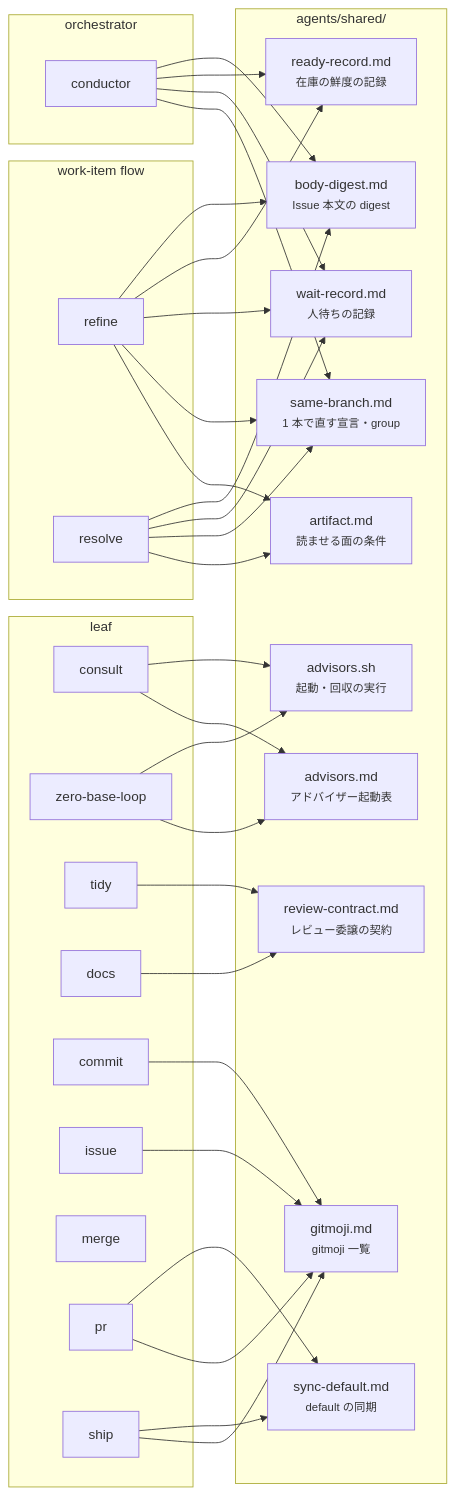
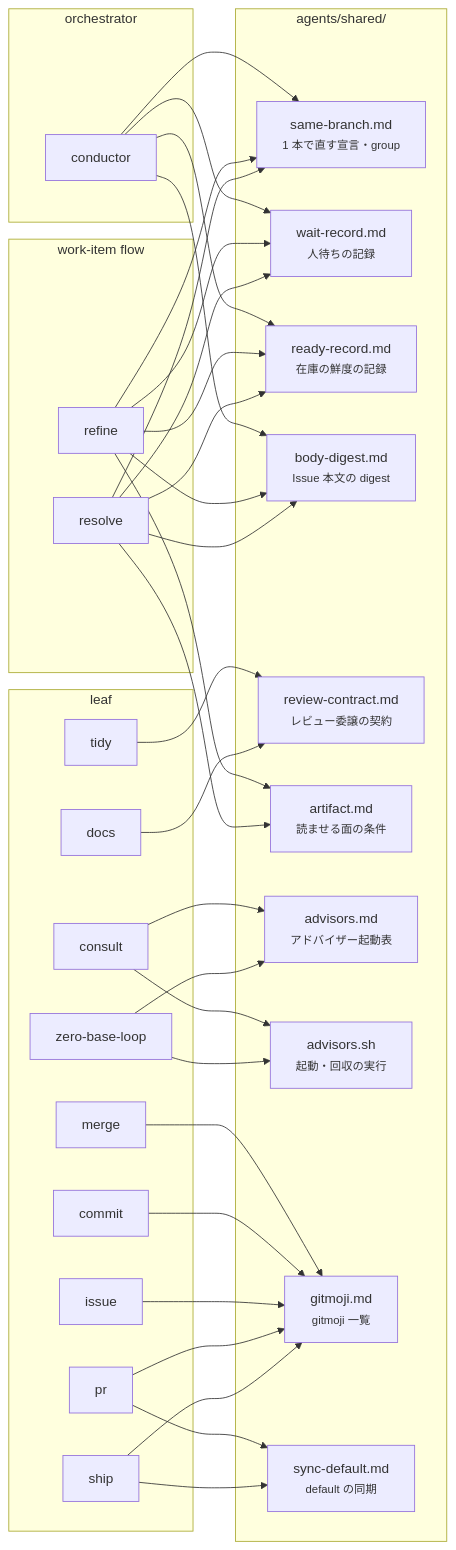
The third of 3 diagrams in agents/docs/structure.md (usagizmo/agentfiles), drawn with Mermaid before and after one commit. The commit also changed other lines of this file and 12 other files, not shown here.

````diff
--- a/agents/docs/structure.md
+++ b/agents/docs/structure.md
@@ -80,59 +80,61 @@
 ```mermaid
 flowchart LR
     subgraph orch["orchestrator"]
         CO[conductor]
     end
     subgraph flow["work-item flow"]
         RF[refine]
         RS[resolve]
     end
     subgraph leaf["leaf"]
         CS[consult]
         ZB[zero-base-loop]
         TD[tidy]
         DC[docs]
         CM[commit]
         IS[issue]
         ME[merge]
         PR[pr]
         SH[ship]
     end
     subgraph shared["agents/shared/"]
         SB["same-branch.md<br/><small>1 本で直す宣言・group</small>"]
         WR["wait-record.md<br/><small>人待ちの記録</small>"]
         RR["ready-record.md<br/><small>在庫の鮮度の記録</small>"]
         BD["body-digest.md<br/><small>Issue 本文の digest</small>"]
         RC["review-contract.md<br/><small>レビュー委譲の契約</small>"]
         AF["artifact.md<br/><small>読ませる面の条件</small>"]
         AD["advisors.md<br/><small>アドバイザー起動表</small>"]
         AS["advisors.sh<br/><small>起動・回収の実行</small>"]
         GM["gitmoji.md<br/><small>gitmoji 一覧</small>"]
         SD["sync-default.md<br/><small>default の同期</small>"]
     end
 
     RF --> AF
     RS --> AF
     CO --> SB
     CO --> WR
     CO --> RR
     CO --> BD
     RF --> SB
     RF --> WR
     RF --> RR
+    RS --> RR
+    ME --> GM
     RF --> BD
     RS --> SB
     RS --> WR
     RS --> BD
     CS --> AD
     CS --> AS
     ZB --> AD
     ZB --> AS
     TD --> RC
     DC --> RC
     CM --> GM
     IS --> GM
     PR --> GM
     SH --> GM
     PR --> SD
     SH --> SD
 ```
````
